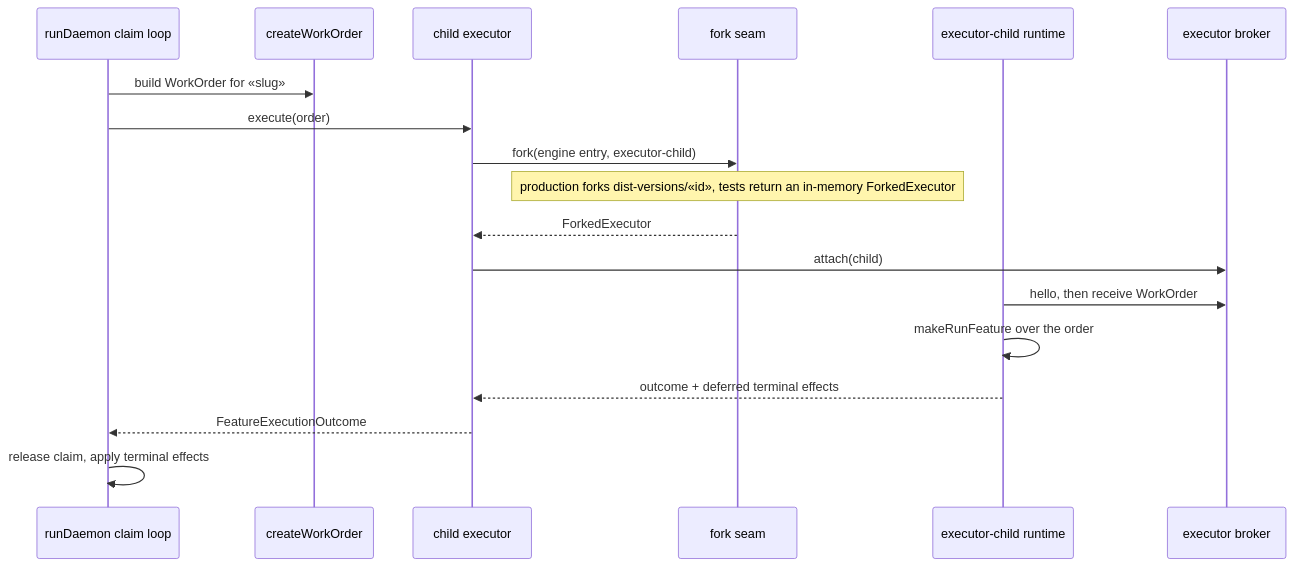
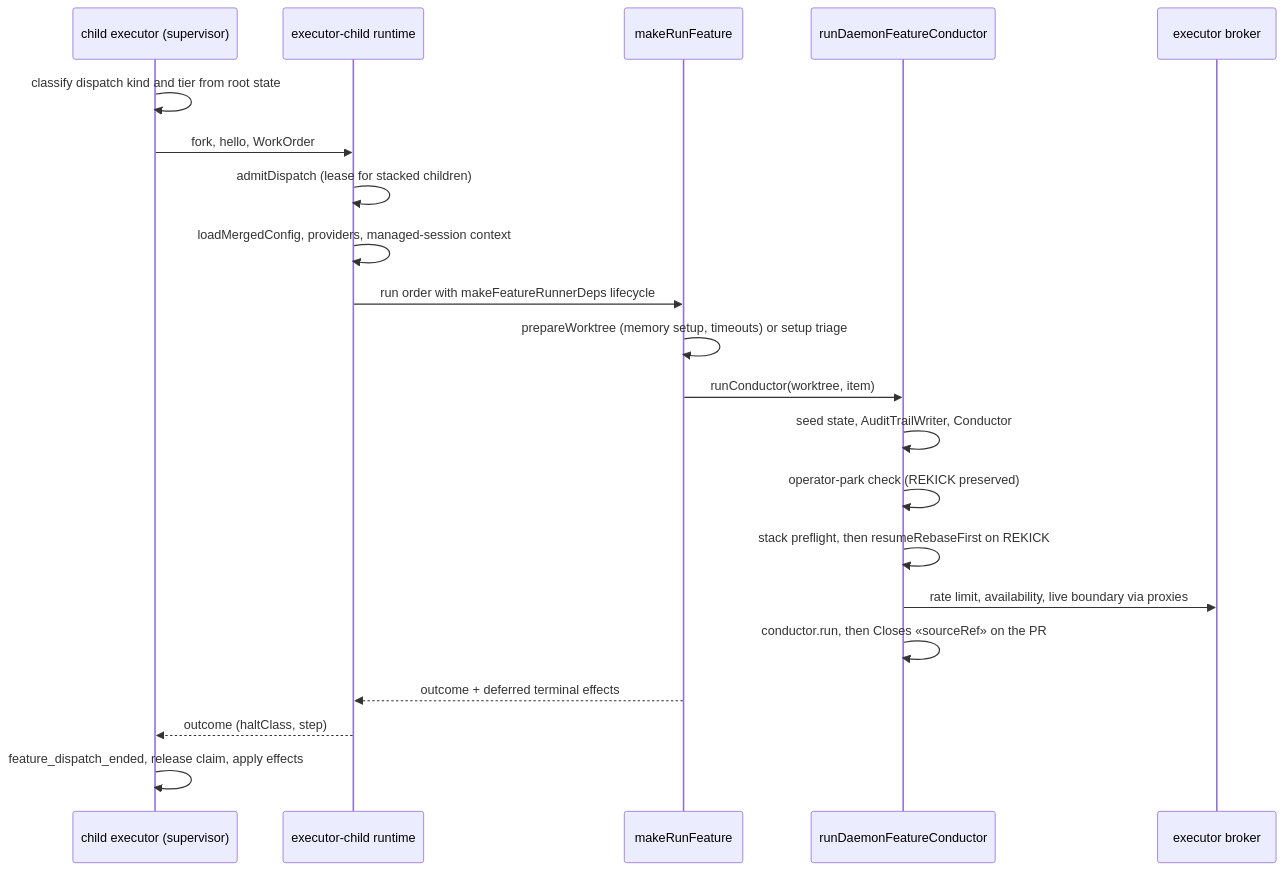
The second of 2 diagrams in .docs/architecture/daemon-still-carries-two-feature-executors-in-proc.md (jstoup111/ai-conductor), drawn with Mermaid before and after one commit. The commit also changed other lines of this file and 5 other files, not shown here.

Commit message:
spec: amend #3333 design for child-executor lifecycle parity (Tier L, stacked)

````diff
--- a/.docs/architecture/daemon-still-carries-two-feature-executors-in-proc.md
+++ b/.docs/architecture/daemon-still-carries-two-feature-executors-in-proc.md
@@ -50,21 +61,24 @@
 ```mermaid
 sequenceDiagram
-    participant Disp as runDaemon claim loop
-    participant WO as createWorkOrder
-    participant CE as child executor
-    participant F as fork seam
+    participant CE as child executor (supervisor)
     participant EC as executor-child runtime
+    participant RF as makeRunFeature
+    participant LC as runDaemonFeatureConductor
     participant BR as executor broker
 
-    Disp->>WO: build WorkOrder for «slug»
-    Disp->>CE: execute(order)
-    CE->>F: fork(engine entry, executor-child)
-    Note over F: production forks dist-versions/«id», tests return an in-memory ForkedExecutor
-    F-->>CE: ForkedExecutor
-    CE->>BR: attach(child)
-    EC->>BR: hello, then receive WorkOrder
-    EC->>EC: makeRunFeature over the order
-    EC-->>CE: outcome + deferred terminal effects
-    CE-->>Disp: FeatureExecutionOutcome
-    Disp->>Disp: release claim, apply terminal effects
+    CE->>CE: classify dispatch kind and tier from root state
+    CE->>EC: fork, hello, WorkOrder
+    EC->>EC: admitDispatch (lease for stacked children)
+    EC->>EC: loadMergedConfig, providers, managed-session context
+    EC->>RF: run order with makeFeatureRunnerDeps lifecycle
+    RF->>RF: prepareWorktree (memory setup, timeouts) or setup triage
+    RF->>LC: runConductor(worktree, item)
+    LC->>LC: seed state, AuditTrailWriter, Conductor
+    LC->>LC: operator-park check (REKICK preserved)
+    LC->>LC: stack preflight, then resumeRebaseFirst on REKICK
+    LC->>BR: rate limit, availability, live boundary via proxies
+    LC->>LC: conductor.run, then Closes «sourceRef» on the PR
+    RF-->>EC: outcome + deferred terminal effects
+    EC-->>CE: outcome (haltClass, step)
+    CE->>CE: feature_dispatch_ended, release claim, apply effects
 ```
````
